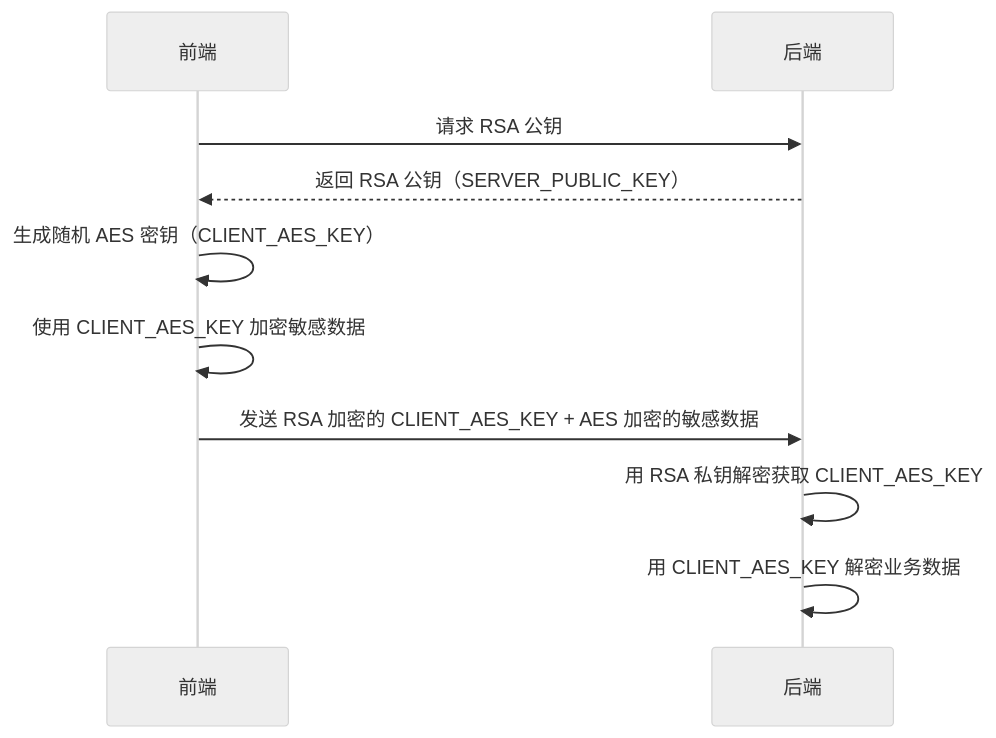
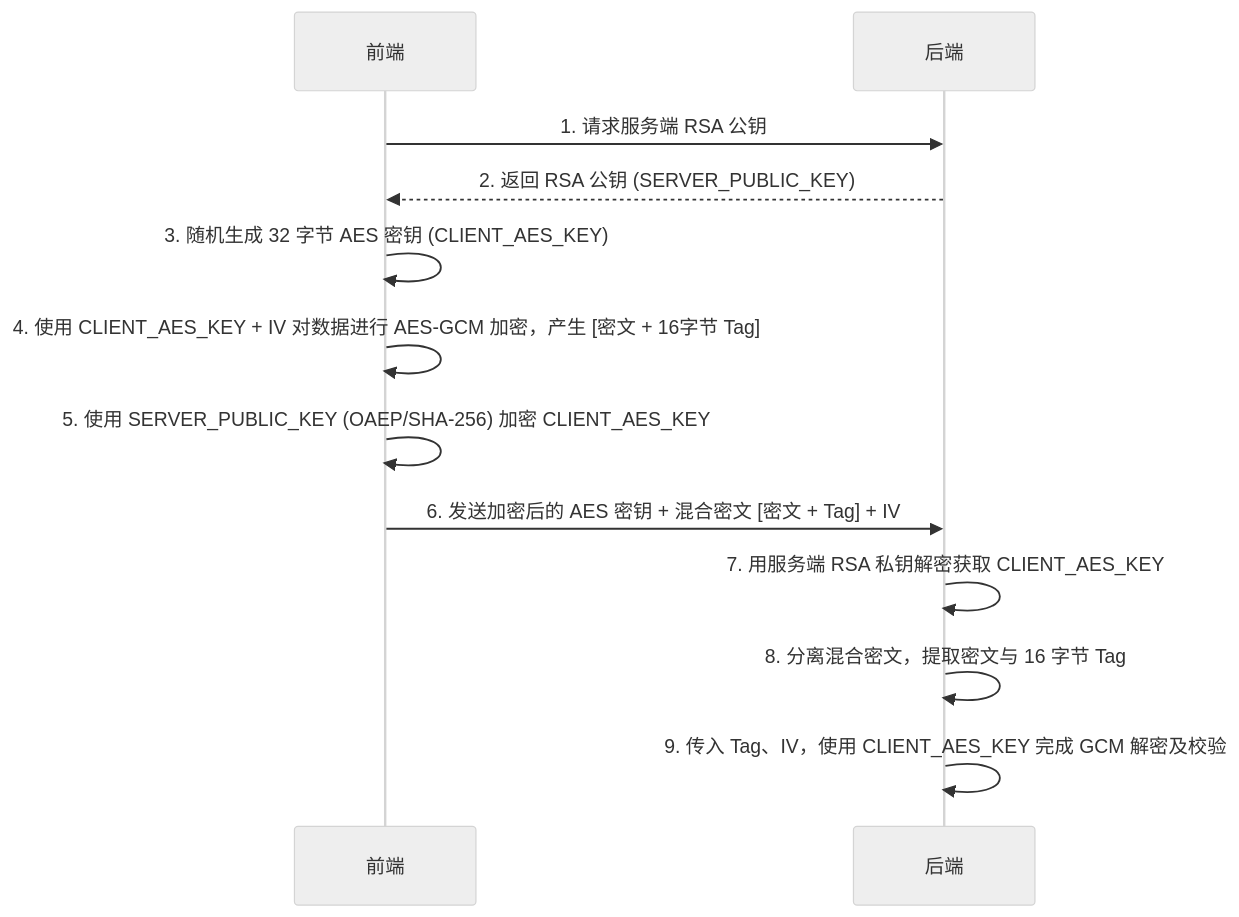
The first of 2 diagrams in docs/features/encrypt/README.md (weihongyu12/web), drawn with Mermaid (neutral theme) before and after one commit. The commit also changed other lines of this file, not shown here.

````diff
--- a/docs/features/encrypt/README.md
+++ b/docs/features/encrypt/README.md
@@ -359,13 +273,15 @@
 ```mermaid
 sequenceDiagram
     participant 前端
     participant 后端
 
-    前端->>后端: 请求 RSA 公钥
-    后端-->>前端: 返回 RSA 公钥（SERVER_PUBLIC_KEY）
-    前端->>前端: 生成随机 AES 密钥（CLIENT_AES_KEY）
-    前端->>前端: 使用 CLIENT_AES_KEY 加密敏感数据
-    前端->>后端: 发送 RSA 加密的 CLIENT_AES_KEY + AES 加密的敏感数据
-    后端->>后端: 用 RSA 私钥解密获取 CLIENT_AES_KEY
-    后端->>后端: 用 CLIENT_AES_KEY 解密业务数据
+    前端->>后端: 1. 请求服务端 RSA 公钥
+    后端-->>前端: 2. 返回 RSA 公钥 (SERVER_PUBLIC_KEY)
+    前端->>前端: 3. 随机生成 32 字节 AES 密钥 (CLIENT_AES_KEY)
+    前端->>前端: 4. 使用 CLIENT_AES_KEY + IV 对数据进行 AES-GCM 加密，产生 [密文 + 16字节 Tag]
+    前端->>前端: 5. 使用 SERVER_PUBLIC_KEY (OAEP/SHA-256) 加密 CLIENT_AES_KEY
+    前端->>后端: 6. 发送加密后的 AES 密钥 + 混合密文 [密文 + Tag] + IV
+    后端->>后端: 7. 用服务端 RSA 私钥解密获取 CLIENT_AES_KEY
+    后端->>后端: 8. 分离混合密文，提取密文与 16 字节 Tag
+    后端->>后端: 9. 传入 Tag、IV，使用 CLIENT_AES_KEY 完成 GCM 解密及校验
 ```
````
